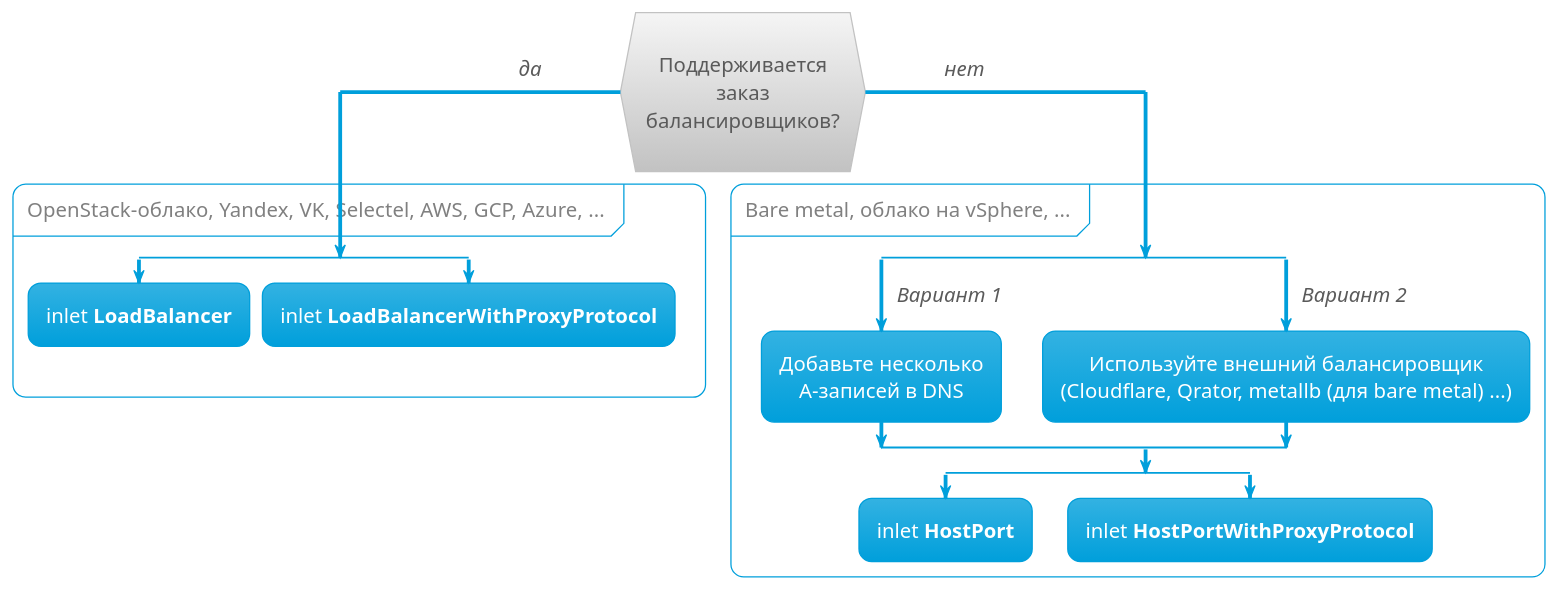
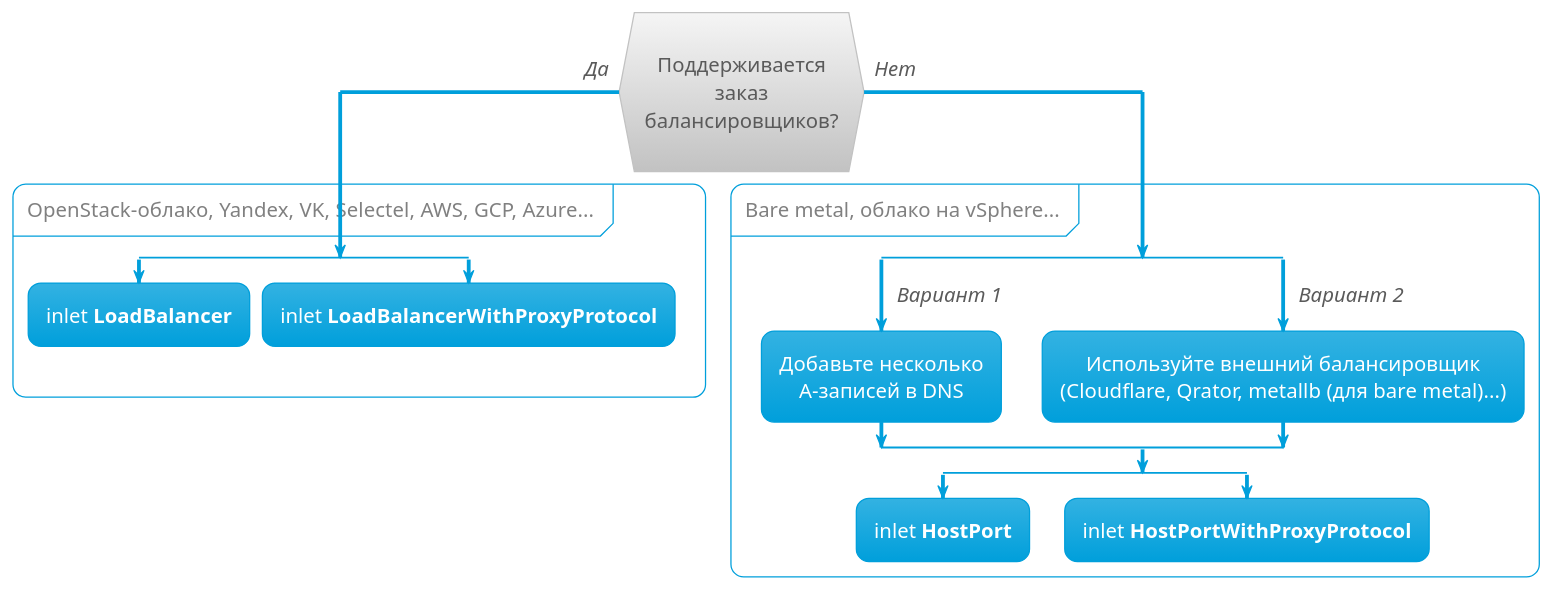
The diagram in docs/site/pages/guides/ingress-inlet-ru.puml (deckhouse/deckhouse), drawn with PlantUML before and after one commit. The commit also changed 3 other files, not shown here.

Commit message:
[guide] Update LB diagram

```diff
--- a/docs/site/pages/guides/ingress-inlet-ru.puml
+++ b/docs/site/pages/guides/ingress-inlet-ru.puml
@@ -1,41 +1,41 @@
 @startuml
 
 !theme bluegray
 skinparam DefaultFontSize 16
 skinparam handwritten false
 skinparam ArrowFontStyle italic
 skinparam DefaultTextAlignment center
 skinparam PartitionFontColor grey
 skinparam backgroundColor transparent
 
 
-if (\nПоддерживается\nзаказ\nбалансировщиков?\n) then (да             )
-partition OpenStack-облако, Yandex, VK, Selectel, AWS, GCP, Azure, ... {
+if (\nПоддерживается\nзаказ\nбалансировщиков?\n) then (Да)
+partition OpenStack-облако, Yandex, VK, Selectel, AWS, GCP, Azure... {
   split
     :inlet **LoadBalancer**;
      kill
   split again
     :inlet **LoadBalancerWithProxyProtocol**;
     kill
   end split
   }
-else (             нет)
-partition Bare metal, облако на vSphere, ...{
+else (Нет)
+partition Bare metal, облако на vSphere...{
   split
     ->Вариант 1;
     :Добавьте несколько\nА-записей в DNS;
   split again
     ->Вариант 2;
     :Используйте внешний балансировщик
-    (Cloudflare, Qrator, metallb (для bare metal) ...);
+    (Cloudflare, Qrator, metallb (для bare metal)...);
   end split
   split
      :inlet **HostPort**;
      kill
   split again
     :inlet **HostPortWithProxyProtocol**;
     kill
   end split
   }
 endif
 @enduml
```
